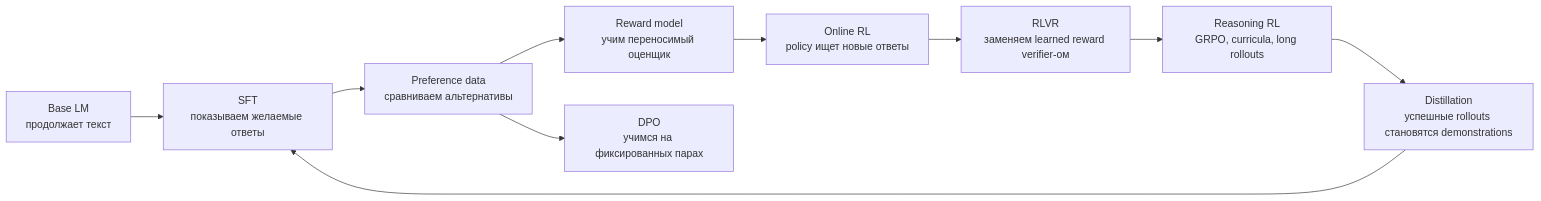
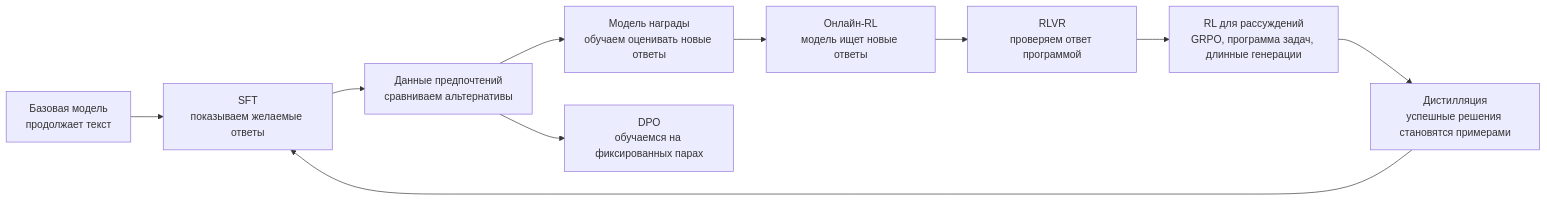
One commit to alpotekhin/bookvar changed the diagram in 00 Учебник/12 Post-training и Alignment/00 Карта модуля и источники.md. Above: the diagram before and after it, drawn with Mermaid. The commit also changed other lines of this file and 58 other files, not shown here.

````diff
--- a/00 Учебник/12 Post-training и Alignment/00 Карта модуля и источники.md
+++ b/00 Учебник/12 Post-training и Alignment/00 Карта модуля и источники.md
@@ -13,12 +18,12 @@
 ```mermaid
 flowchart LR
-    A["Base LM<br/>продолжает текст"] --> B["SFT<br/>показываем желаемые ответы"]
-    B --> C["Preference data<br/>сравниваем альтернативы"]
-    C --> D["Reward model<br/>учим переносимый оценщик"]
-    D --> E["Online RL<br/>policy ищет новые ответы"]
-    C --> F["DPO<br/>учимся на фиксированных парах"]
-    E --> G["RLVR<br/>заменяем learned reward verifier-ом"]
-    G --> H["Reasoning RL<br/>GRPO, curricula, long rollouts"]
-    H --> I["Distillation<br/>успешные rollouts становятся demonstrations"]
+    A["Базовая модель<br/>продолжает текст"] --> B["SFT<br/>показываем желаемые ответы"]
+    B --> C["Данные предпочтений<br/>сравниваем альтернативы"]
+    C --> D["Модель награды<br/>обучаем оценивать новые ответы"]
+    D --> E["Онлайн-RL<br/>модель ищет новые ответы"]
+    C --> F["DPO<br/>обучаемся на фиксированных парах"]
+    E --> G["RLVR<br/>проверяем ответ программой"]
+    G --> H["RL для рассуждений<br/>GRPO, программа задач, длинные генерации"]
+    H --> I["Дистилляция<br/>успешные решения становятся примерами"]
     I --> B
 ```
````
